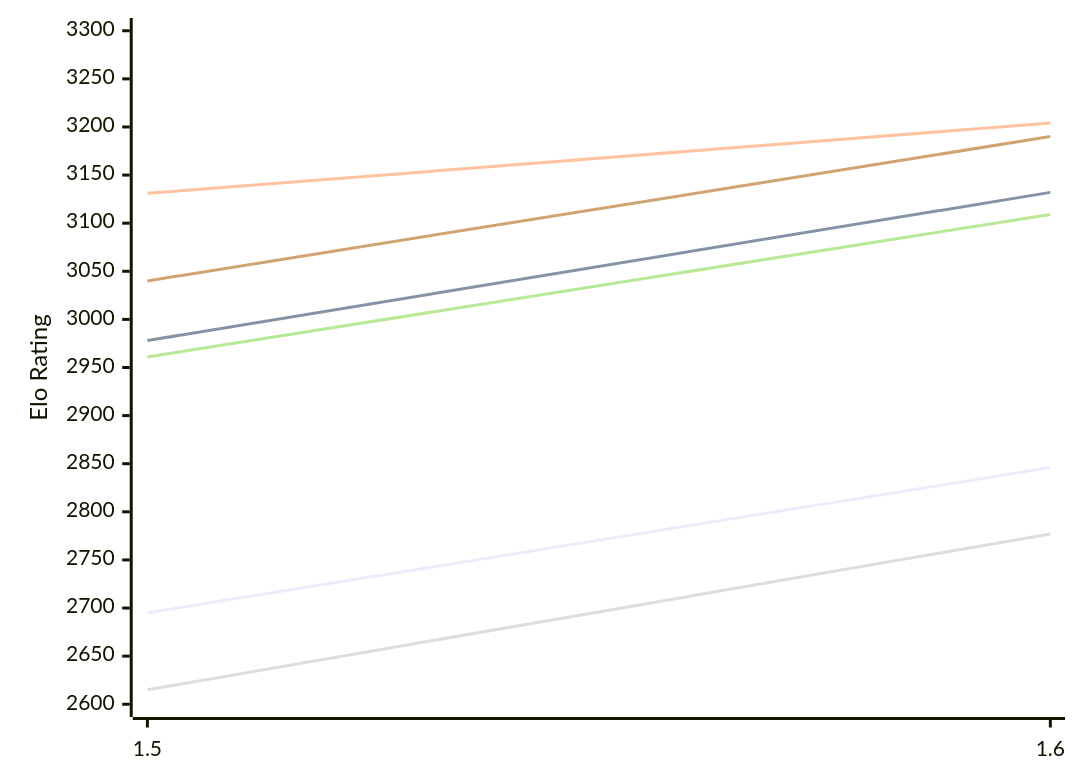
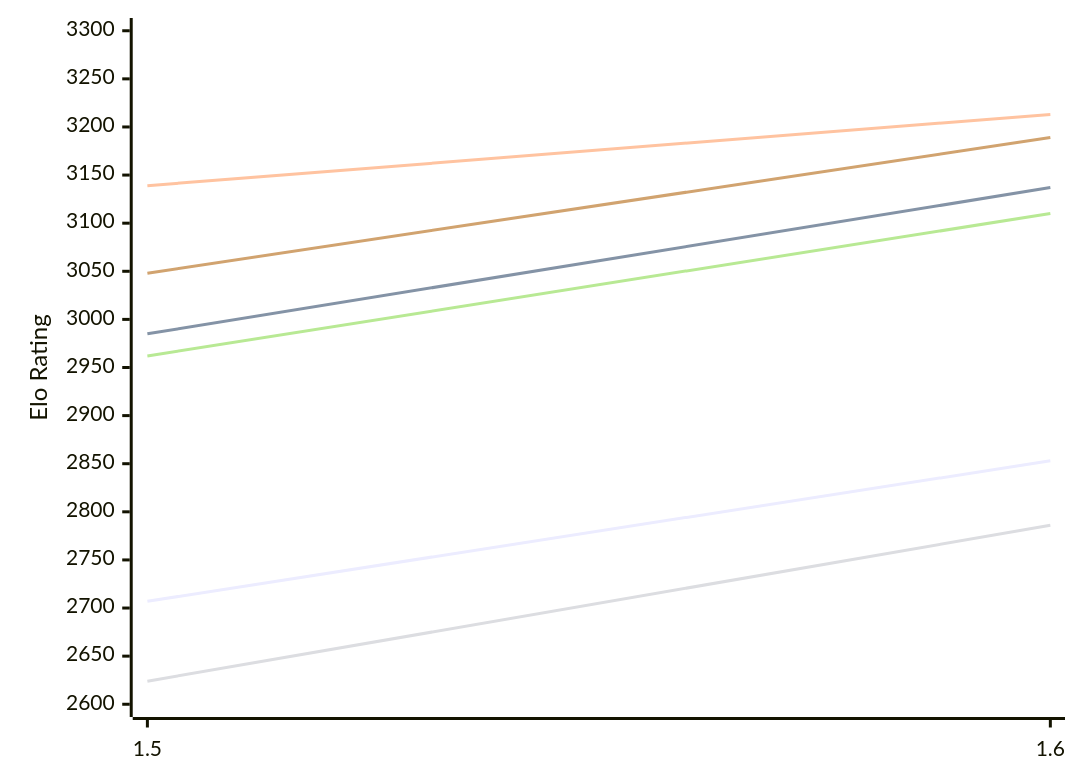
The first of 2 diagrams in engines/Yakka.md (computer-chess-index/cci), drawn with Mermaid before and after one commit. The commit also changed other lines of this file, not shown here.

Commit message:
Update CCI Ratings (ELO VLTC) - 2026-11-16

````diff
--- a/engines/Yakka.md
+++ b/engines/Yakka.md
@@ -51,12 +51,12 @@
 ```mermaid
 %%{init: {"theme":"base","themeVariables":{"seriesColors:['#a3a3a3','#222221','#faa371']}}}%%
 xychart-beta
   x-axis ["1.5", "1.6"]
   y-axis "Elo Rating" 2600 --> 3300
-  line "E1: STC (8.0+0.08s)" [2695, 2846]
-  line "E1: LTC (60.0+0.60s)" [2978, 3132]
-  line "E1: VLTC (2m24s+1.12s)" [3131, 3204]
-  line "P1: STC (8.0+0.08s)" [2615, 2777]
-  line "P1: LTC (60.0+0.60s)" [2961, 3109]
-  line "P1: VLTC (2m24s+1.12s)" [3040, 3190]
+  line "E1: STC (8.0+0.08s)" [2707, 2853]
+  line "E1: LTC (60.0+0.60s)" [2985, 3137]
+  line "E1: VLTC (2m24s+1.12s)" [3139, 3213]
+  line "P1: STC (8.0+0.08s)" [2624, 2786]
+  line "P1: LTC (60.0+0.60s)" [2962, 3110]
+  line "P1: VLTC (2m24s+1.12s)" [3048, 3189]
 ```
````
